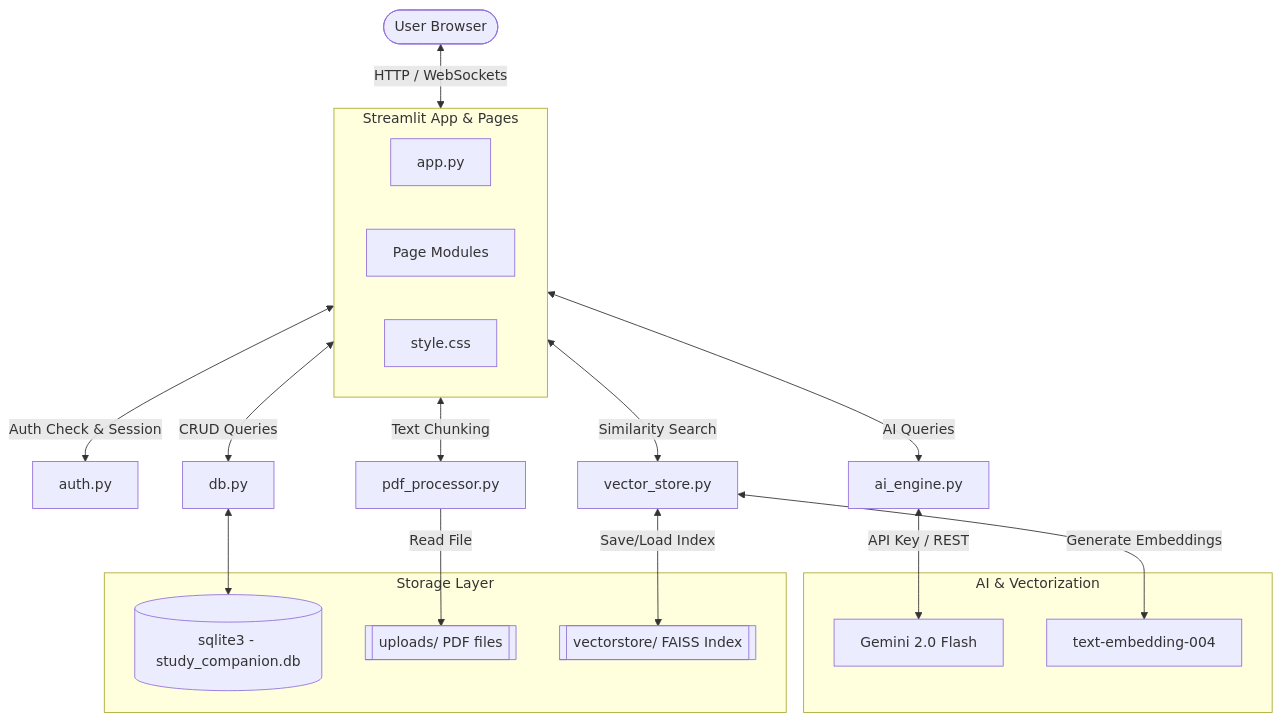
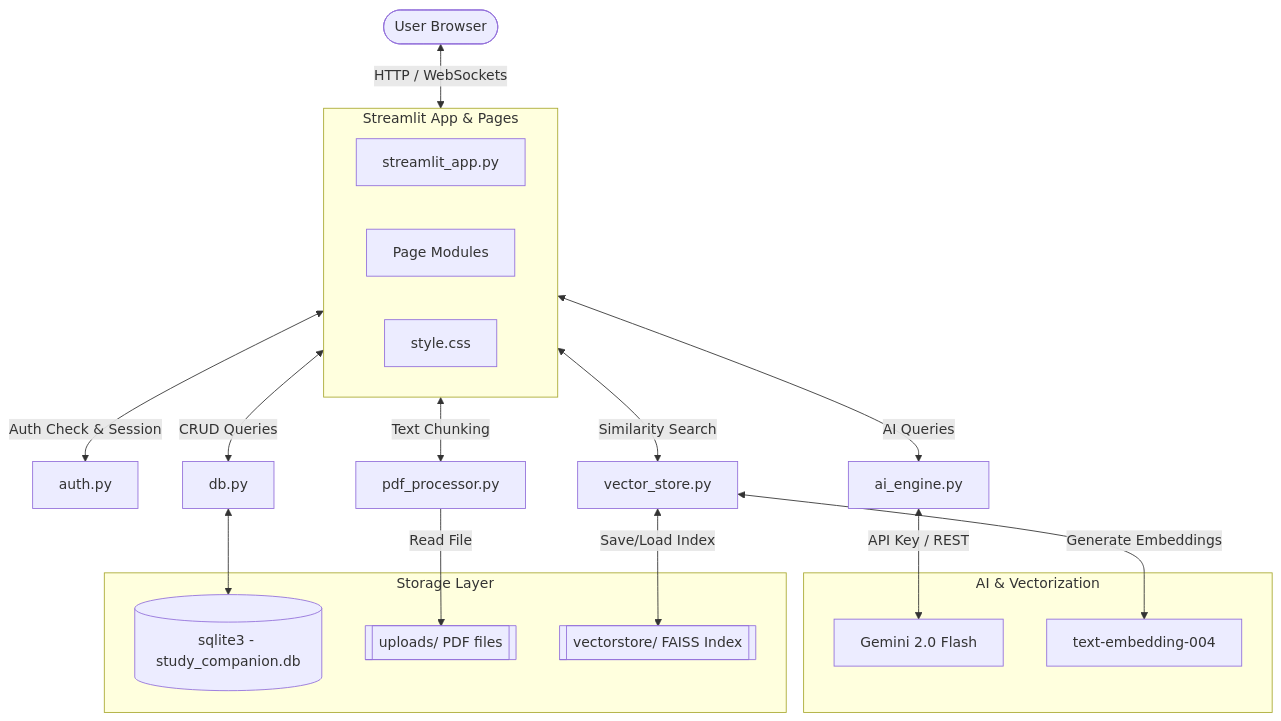
The diagram in docs/architecture.md (CodingManiaac/AI-Companion), drawn with Mermaid before and after one commit. The commit also changed 4 other files, not shown here.

````diff
--- a/docs/architecture.md
+++ b/docs/architecture.md
@@ -5,34 +5,34 @@
 ```mermaid
 graph TD
     User([User Browser]) <--> |HTTP / WebSockets| StreamlitApp[Streamlit App Layer]
     
     subgraph StreamlitApp [Streamlit App & Pages]
-        AppEntry[app.py]
+        AppEntry[streamlit_app.py]
         Pages[Page Modules]
         Theme[style.css]
     end
 
     StreamlitApp <--> |Auth Check & Session| Auth[auth.py]
     StreamlitApp <--> |CRUD Queries| DB[db.py]
     StreamlitApp <--> |Text Chunking| PDFProc[pdf_processor.py]
     StreamlitApp <--> |Similarity Search| VectorStore[vector_store.py]
     StreamlitApp <--> |AI Queries| AIEngine[ai_engine.py]
 
     subgraph ExternalServices [AI & Vectorization]
         GeminiGen[Gemini 2.0 Flash]
         GeminiEmbed[text-embedding-004]
     end
 
     AIEngine <--> |API Key / REST| GeminiGen
     VectorStore <--> |Generate Embeddings| GeminiEmbed
 
     subgraph DataStorage [Storage Layer]
         SQLite[(sqlite3 - study_companion.db)]
         UploadsFolder[[uploads/ PDF files]]
         VectorstoreFolder[[vectorstore/ FAISS Index]]
     end
 
     DB <--> SQLite
     PDFProc --> |Read File| UploadsFolder
     VectorStore <--> |Save/Load Index| VectorstoreFolder
 ```
````
